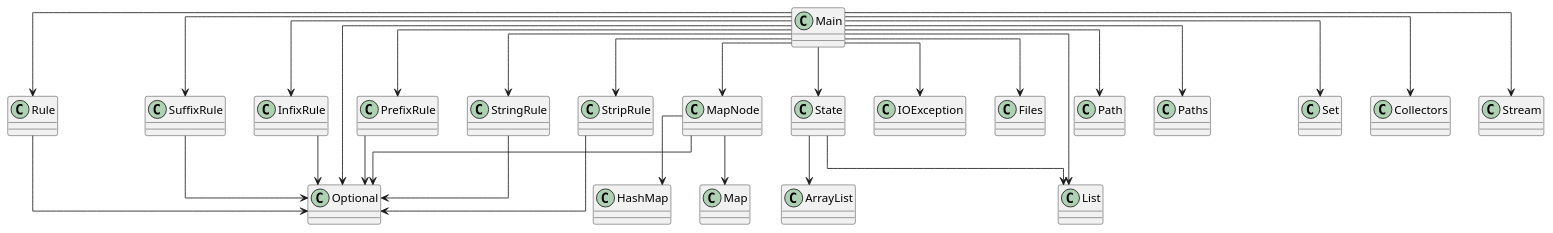
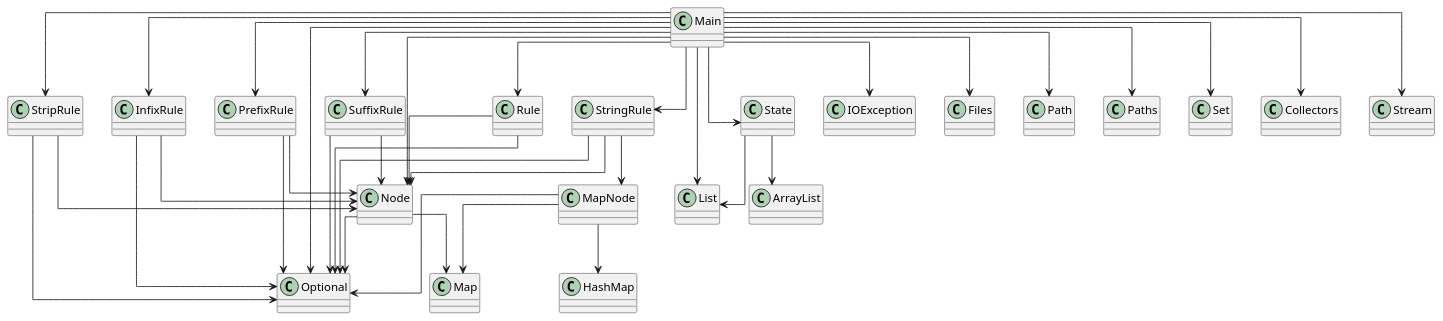
The diagram in diagram.puml (Magma-Foundation/Magma), drawn with PlantUML before and after one commit. The commit also changed 10 other files, not shown here.

```diff
--- a/diagram.puml
+++ b/diagram.puml
@@ -1,40 +1,50 @@
 @startuml
 skinparam linetype ortho
-class Rule
-Rule --> Optional
 class SuffixRule
+SuffixRule --> Node
 SuffixRule --> Optional
+class InfixRule
+InfixRule --> Node
+InfixRule --> Optional
 class Main
+Main --> Node
 Main --> InfixRule
-Main --> MapNode
 Main --> PrefixRule
 Main --> Rule
 Main --> State
 Main --> StringRule
 Main --> StripRule
 Main --> SuffixRule
 Main --> IOException
 Main --> Files
 Main --> Path
 Main --> Paths
 Main --> List
 Main --> Optional
 Main --> Set
 Main --> Collectors
 Main --> Stream
-class StripRule
-StripRule --> Optional
+class Rule
+Rule --> Node
+Rule --> Optional
+class Node
+Node --> Map
+Node --> Optional
 class MapNode
 MapNode --> HashMap
 MapNode --> Map
 MapNode --> Optional
-class InfixRule
-InfixRule --> Optional
+class PrefixRule
+PrefixRule --> Node
+PrefixRule --> Optional
+class StringRule
+StringRule --> MapNode
+StringRule --> Node
+StringRule --> Optional
+class StripRule
+StripRule --> Node
+StripRule --> Optional
 class State
 State --> ArrayList
 State --> List
-class PrefixRule
-PrefixRule --> Optional
-class StringRule
-StringRule --> Optional
 @enduml
```
